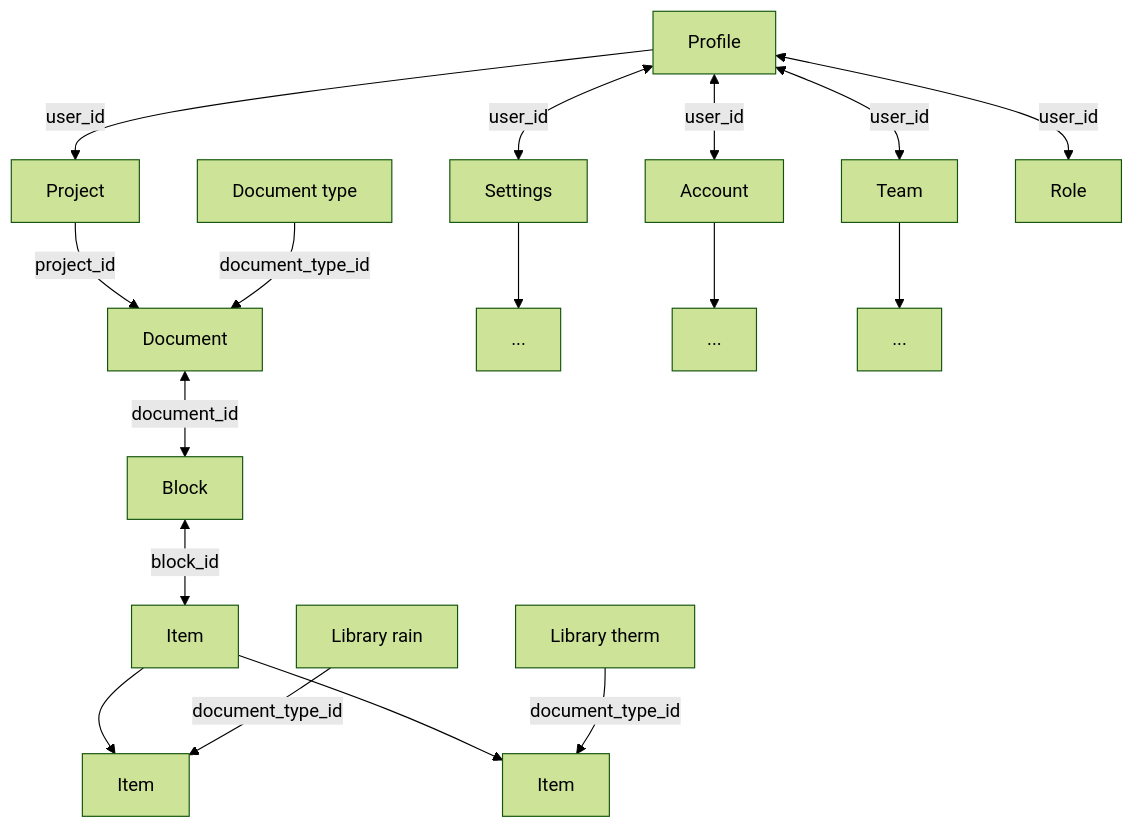
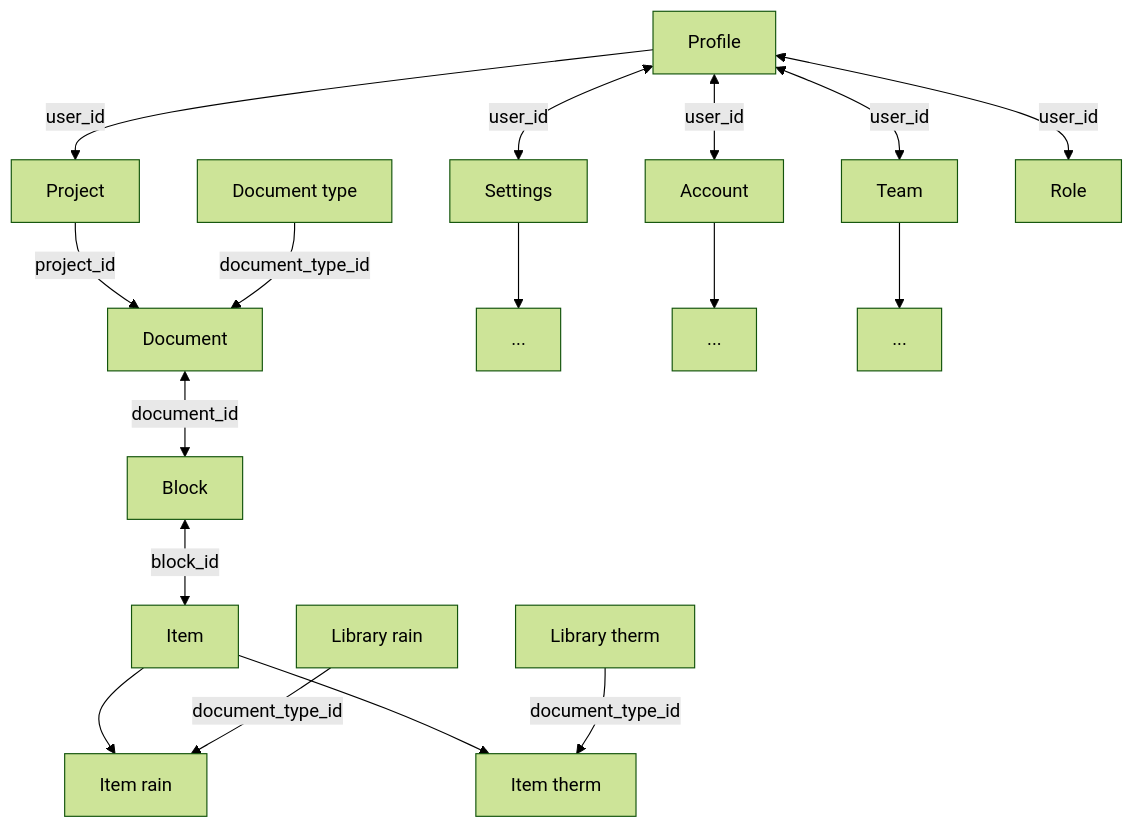
Before and after one commit to bmazurme/nest-entools: the diagram in draft.md, drawn with Mermaid (forest theme).

````diff
--- a/draft.md
+++ b/draft.md
@@ -1,21 +1,21 @@
 ```mermaid
 flowchart
 USER-PROFILE[Profile] --> |user_id| USER-PROJECT[Project]
 USER-PROJECT --> |project_id| DOCUMENT[Document]
 DOCUMENT <--> |document_id| BLOCK[Block]
 BLOCK[Block] <--> |block_id| ITEM[Item]
 ITEM --> RAIN
 ITEM --> THERM
-LIBRARY_RAIN[Library rain] --> |document_type_id| RAIN[Item]
-LIBRARY_THERM[Library therm] --> |document_type_id| THERM[Item]
+LIBRARY_RAIN[Library rain] --> |document_type_id| RAIN[Item rain]
+LIBRARY_THERM[Library therm] --> |document_type_id| THERM[Item therm]
 DOCUMENT-TYPE[Document type] --> |document_type_id| DOCUMENT
 
 USER-PROFILE[Profile] <--> |user_id| USER-SETTINGS[Settings]
 USER-PROFILE[Profile] <--> |user_id| USER-ACCOUNT[Account]
 USER-PROFILE[Profile] <--> |user_id| USER-TEAM[Team]
 USER-PROFILE[Profile] <--> |user_id| USER-ROLE[Role]
 
 USER-SETTINGS --> SETTINGS-DETAILS[...]
 USER-ACCOUNT --> ACCOUNT-DETAILS[...]
 USER-TEAM --> TEAM-DETAILS[...]
 ```
````
